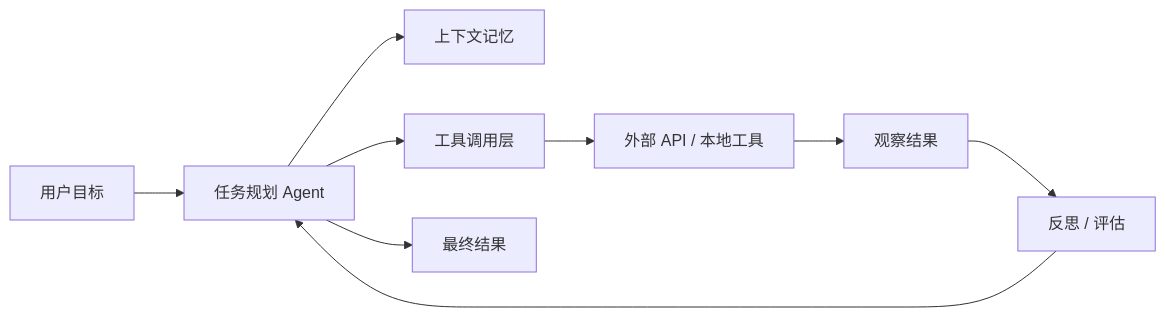
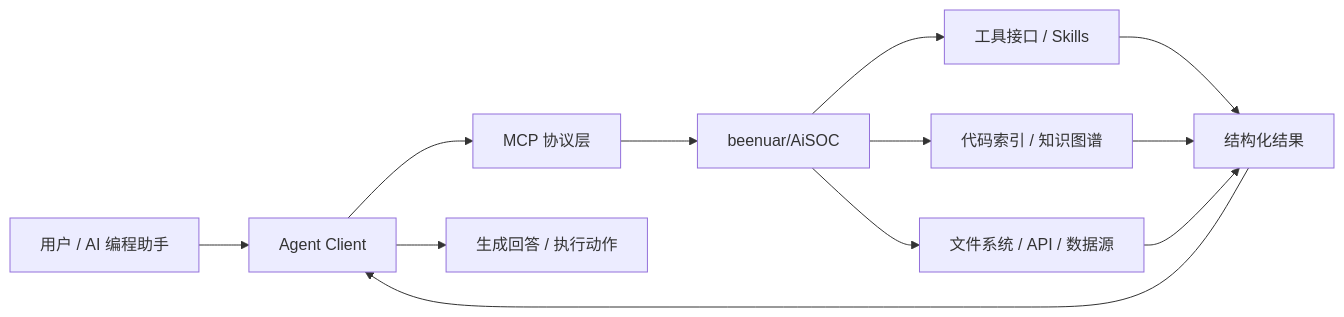
The fifth of 5 diagrams in TRENDING.md (Lingwangla/github_trend), drawn with Mermaid before and after one commit. The commit also changed other lines of this file and 2 other files, not shown here.

````diff
--- a/TRENDING.md
+++ b/TRENDING.md
@@ -144,11 +191,14 @@
 ```mermaid
 flowchart LR
-    User[用户目标] --> Planner[任务规划 Agent]
-    Planner --> Memory[上下文记忆]
-    Planner --> Tools[工具调用层]
-    Tools --> APIs[外部 API / 本地工具]
-    APIs --> Observation[观察结果]
-    Observation --> Critic[反思 / 评估]
-    Critic --> Planner
-    Planner --> Deliverable[最终结果]
+    User[用户 / AI 编程助手] --> Client[Agent Client]
+    Client --> Protocol[MCP 协议层]
+    Protocol --> Server[beenuar/AiSOC]
+    Server --> Tools[工具接口 / Skills]
+    Server --> Index[代码索引 / 知识图谱]
+    Server --> Data[文件系统 / API / 数据源]
+    Tools --> Result[结构化结果]
+    Index --> Result
+    Data --> Result
+    Result --> Client
+    Client --> Answer[生成回答 / 执行动作]
 ```
````
